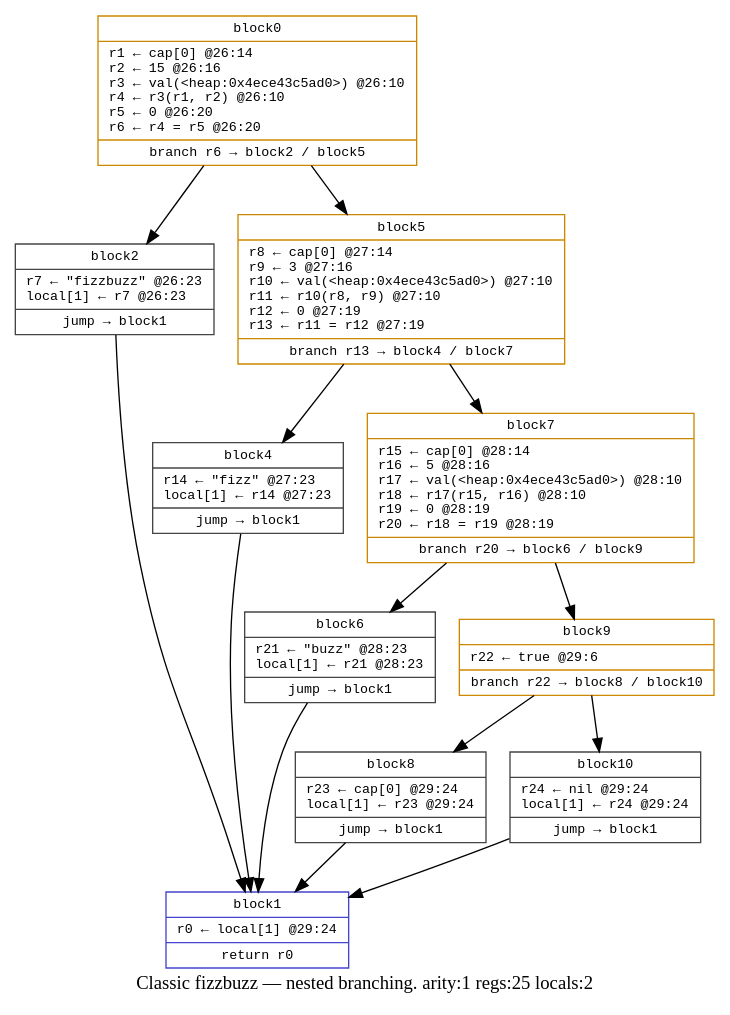
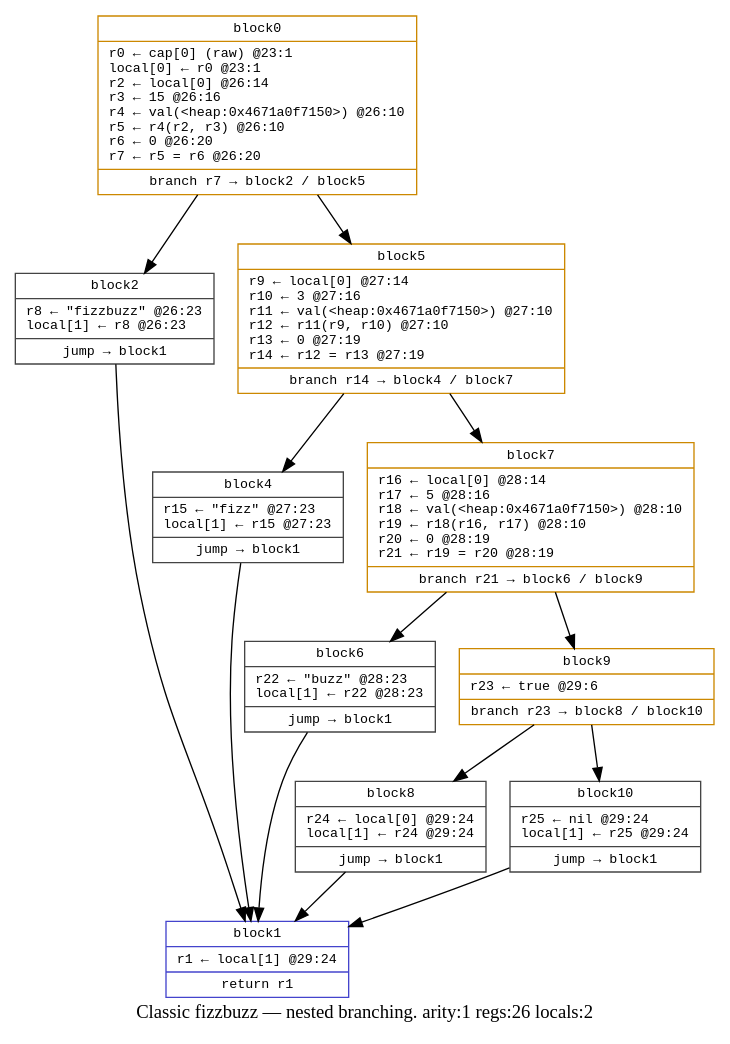
The diagram in demos/cfgviz/fizzbuzz.dot (elle-lisp/elle), drawn with Graphviz before and after one commit. The commit also changed 362 other files, not shown here.

```diff
--- a/demos/cfgviz/fizzbuzz.dot
+++ b/demos/cfgviz/fizzbuzz.dot
@@ -1,27 +1,27 @@
 digraph {
-  label="Classic fizzbuzz — nested branching. arity:1 regs:25 locals:2";
+  label="Classic fizzbuzz — nested branching. arity:1 regs:26 locals:2";
   node [shape=record fontname="monospace" fontsize=10];
-  block0 [color="#cc8800" label="{block0|r1 ← cap[0] @26:14\lr2 ← 15 @26:16\lr3 ← val(\<heap:0x4ece43c5ad0\>) @26:10\lr4 ← r3(r1, r2) @26:10\lr5 ← 0 @26:20\lr6 ← r4 = r5 @26:20\l|branch r6 → block2 / block5}"];
+  block0 [color="#cc8800" label="{block0|r0 ← cap[0] (raw) @23:1\llocal[0] ← r0 @23:1\lr2 ← local[0] @26:14\lr3 ← 15 @26:16\lr4 ← val(\<heap:0x4671a0f7150\>) @26:10\lr5 ← r4(r2, r3) @26:10\lr6 ← 0 @26:20\lr7 ← r5 = r6 @26:20\l|branch r7 → block2 / block5}"];
   block0 -> block2;
   block0 -> block5;
-  block2 [color="#444444" label="{block2|r7 ← \"fizzbuzz\" @26:23\llocal[1] ← r7 @26:23\l|jump → block1}"];
+  block2 [color="#444444" label="{block2|r8 ← \"fizzbuzz\" @26:23\llocal[1] ← r8 @26:23\l|jump → block1}"];
   block2 -> block1;
-  block5 [color="#cc8800" label="{block5|r8 ← cap[0] @27:14\lr9 ← 3 @27:16\lr10 ← val(\<heap:0x4ece43c5ad0\>) @27:10\lr11 ← r10(r8, r9) @27:10\lr12 ← 0 @27:19\lr13 ← r11 = r12 @27:19\l|branch r13 → block4 / block7}"];
+  block5 [color="#cc8800" label="{block5|r9 ← local[0] @27:14\lr10 ← 3 @27:16\lr11 ← val(\<heap:0x4671a0f7150\>) @27:10\lr12 ← r11(r9, r10) @27:10\lr13 ← 0 @27:19\lr14 ← r12 = r13 @27:19\l|branch r14 → block4 / block7}"];
   block5 -> block4;
   block5 -> block7;
-  block4 [color="#444444" label="{block4|r14 ← \"fizz\" @27:23\llocal[1] ← r14 @27:23\l|jump → block1}"];
+  block4 [color="#444444" label="{block4|r15 ← \"fizz\" @27:23\llocal[1] ← r15 @27:23\l|jump → block1}"];
   block4 -> block1;
-  block7 [color="#cc8800" label="{block7|r15 ← cap[0] @28:14\lr16 ← 5 @28:16\lr17 ← val(\<heap:0x4ece43c5ad0\>) @28:10\lr18 ← r17(r15, r16) @28:10\lr19 ← 0 @28:19\lr20 ← r18 = r19 @28:19\l|branch r20 → block6 / block9}"];
+  block7 [color="#cc8800" label="{block7|r16 ← local[0] @28:14\lr17 ← 5 @28:16\lr18 ← val(\<heap:0x4671a0f7150\>) @28:10\lr19 ← r18(r16, r17) @28:10\lr20 ← 0 @28:19\lr21 ← r19 = r20 @28:19\l|branch r21 → block6 / block9}"];
   block7 -> block6;
   block7 -> block9;
-  block6 [color="#444444" label="{block6|r21 ← \"buzz\" @28:23\llocal[1] ← r21 @28:23\l|jump → block1}"];
+  block6 [color="#444444" label="{block6|r22 ← \"buzz\" @28:23\llocal[1] ← r22 @28:23\l|jump → block1}"];
   block6 -> block1;
-  block9 [color="#cc8800" label="{block9|r22 ← true @29:6\l|branch r22 → block8 / block10}"];
+  block9 [color="#cc8800" label="{block9|r23 ← true @29:6\l|branch r23 → block8 / block10}"];
   block9 -> block8;
   block9 -> block10;
-  block8 [color="#444444" label="{block8|r23 ← cap[0] @29:24\llocal[1] ← r23 @29:24\l|jump → block1}"];
+  block8 [color="#444444" label="{block8|r24 ← local[0] @29:24\llocal[1] ← r24 @29:24\l|jump → block1}"];
   block8 -> block1;
-  block10 [color="#444444" label="{block10|r24 ← nil @29:24\llocal[1] ← r24 @29:24\l|jump → block1}"];
+  block10 [color="#444444" label="{block10|r25 ← nil @29:24\llocal[1] ← r25 @29:24\l|jump → block1}"];
   block10 -> block1;
-  block1 [color="#4444cc" label="{block1|r0 ← local[1] @29:24\l|return r0}"];
+  block1 [color="#4444cc" label="{block1|r1 ← local[1] @29:24\l|return r1}"];
 }
```
